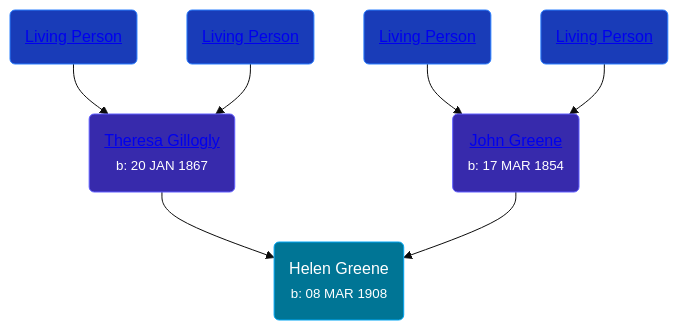
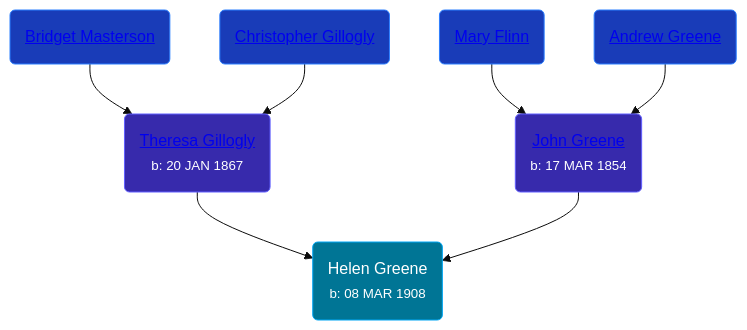
One commit to wpmgotkh/wpmgotkh.github.io changed the diagram in pages/people/6/65162976.md. Above: the diagram before and after it, drawn with Mermaid (base theme). The commit also changed 586 other files, not shown here.

Commit message:
feat: better shouldConsiderPersonLiving algo

````diff
--- a/pages/people/6/65162976.md
+++ b/pages/people/6/65162976.md
@@ -11,13 +11,13 @@
 ```mermaid
 graph
 classDef grands fill:#193cb8,stroke:#2b7fff,stroke-width:1px,color:#fff;
 classDef parents fill:#372aac,stroke:#615fff,stroke-width:1px,color:#fff;
 classDef primary fill:#007595,stroke:#00a6f4,stroke-width:1px,color:#fff;
 65162976(Helen Greene<br /><small>b: 08 MAR 1908</small>):::primary
 67581747(<a class="text-white" href="/people/6/67581747">Theresa Gillogly</a><br /><small>b: 20 JAN 1867</small>):::parents-->65162976
-6028429(<a class="text-white" href="/people/6/6028429">Living Person</a>):::grands-->67581747
-50418124(<a class="text-white" href="/people/5/50418124">Living Person</a>):::grands-->67581747
+6028429(<a class="text-white" href="/people/6/6028429">Bridget Masterson</a>):::grands-->67581747
+50418124(<a class="text-white" href="/people/5/50418124">Christopher Gillogly</a>):::grands-->67581747
 71088434(<a class="text-white" href="/people/7/71088434">John Greene</a><br /><small>b: 17 MAR 1854</small>):::parents-->65162976
-95328054(<a class="text-white" href="/people/9/95328054">Living Person</a>):::grands-->71088434
-70089858(<a class="text-white" href="/people/7/70089858">Living Person</a>):::grands-->71088434
+95328054(<a class="text-white" href="/people/9/95328054">Mary Flinn</a>):::grands-->71088434
+70089858(<a class="text-white" href="/people/7/70089858">Andrew Greene</a>):::grands-->71088434
 ```
````
